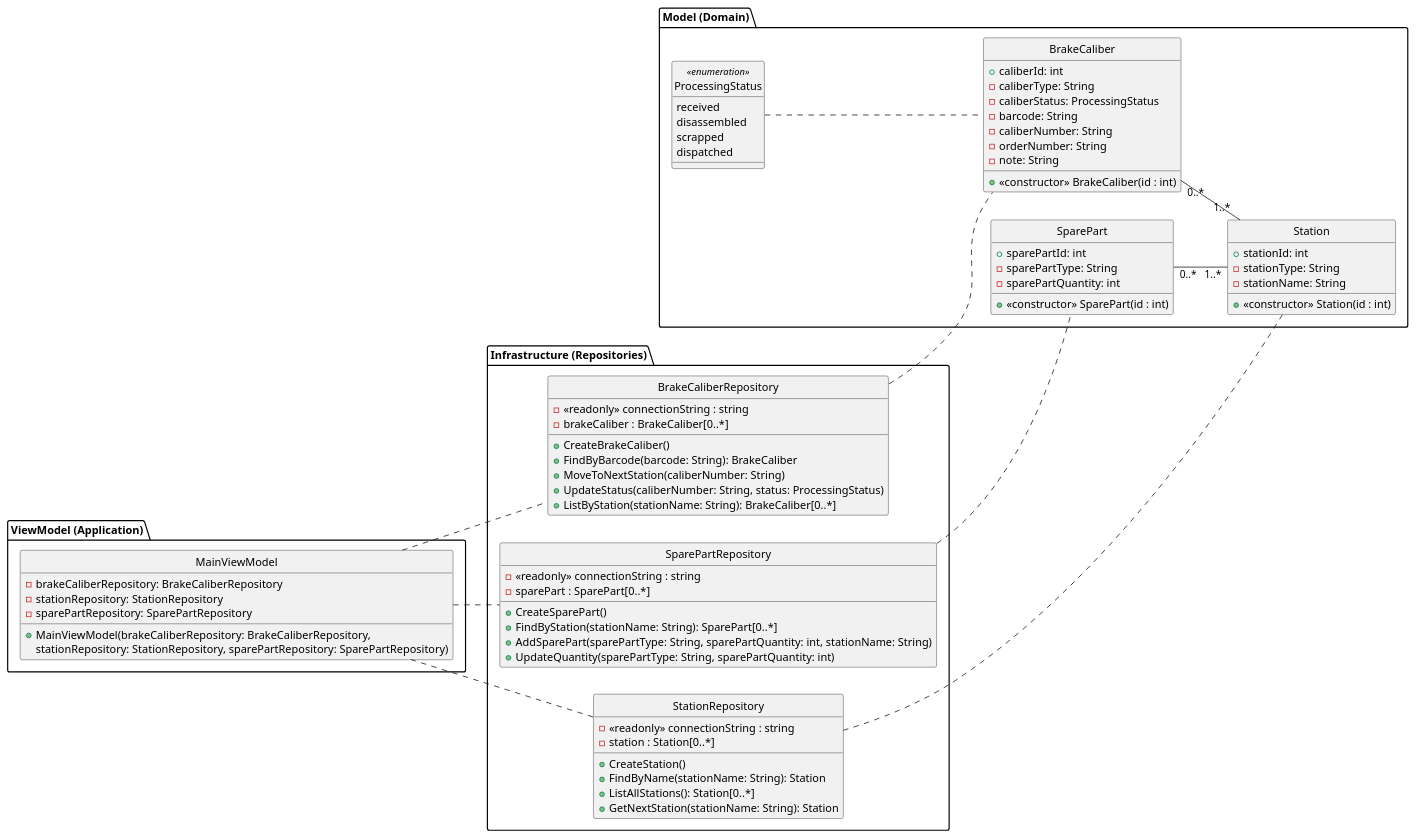
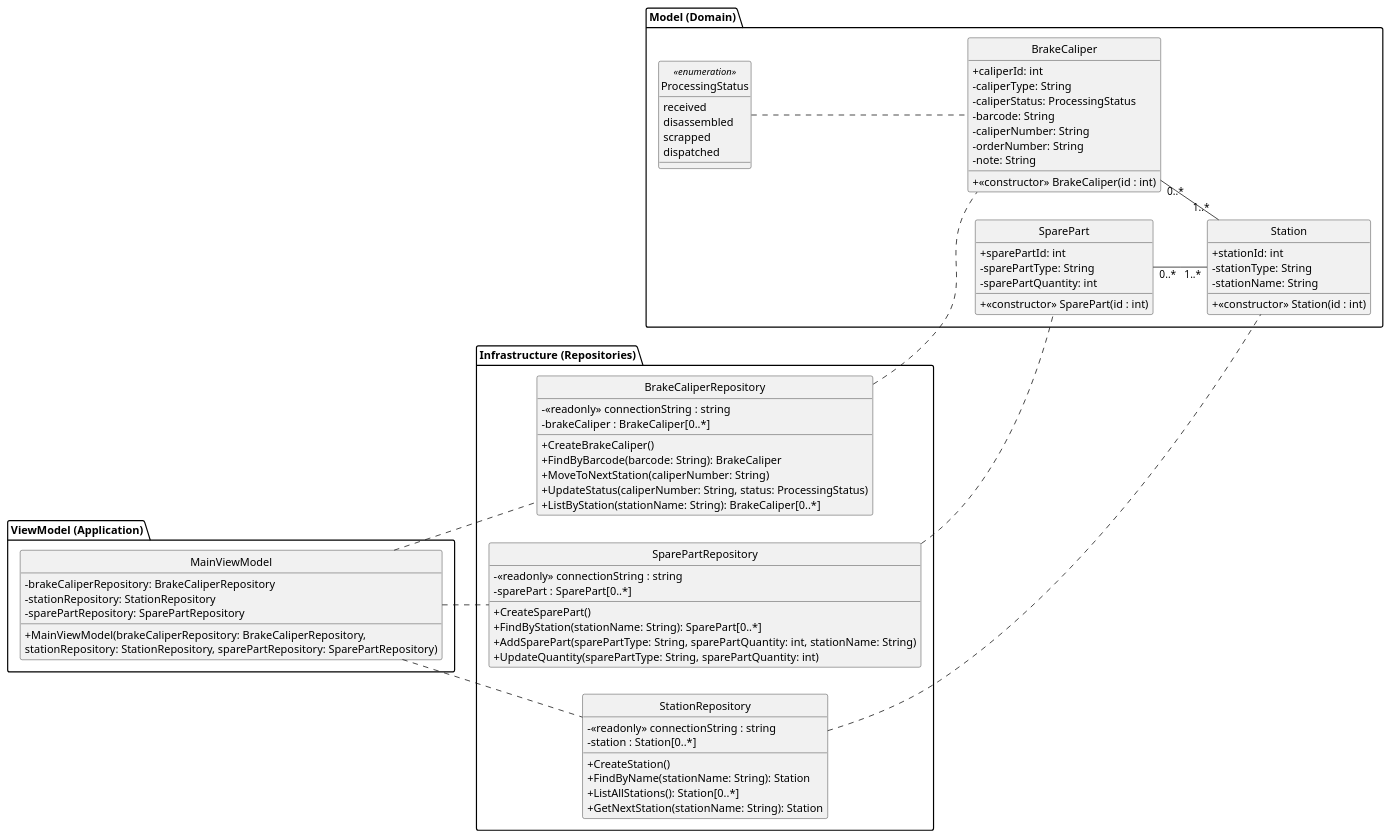
The diagram in Informationsartefakter/13-DCD-Designklassediagram.plantuml (senan2315/Team-5A-Budweg), drawn with PlantUML before and after one commit.

Commit message:
Rettet DCD

```diff
--- a/Informationsartefakter/13-DCD-Designklassediagram.plantuml
+++ b/Informationsartefakter/13-DCD-Designklassediagram.plantuml
@@ -1,94 +1,95 @@
 @startuml - Design Class Diagram (DCD) Budweg
 left to right direction 
+skinparam classAttributeIconSize 0
 
 package "ViewModel (Application)"{
     class MainViewModel {
-        - brakeCaliberRepository: BrakeCaliberRepository
+        - brakeCaliperRepository: BrakeCaliperRepository
         - stationRepository: StationRepository
         - sparePartRepository: SparePartRepository
-        + MainViewModel(brakeCaliberRepository: BrakeCaliberRepository,
+        + MainViewModel(brakeCaliperRepository: BrakeCaliperRepository,
         stationRepository: StationRepository, sparePartRepository: SparePartRepository)
     }
 }
 
 package "Infrastructure (Repositories)" {
-    class BrakeCaliberRepository {
+    class BrakeCaliperRepository {
         - «readonly» connectionString : string
-        - brakeCaliber : BrakeCaliber[0..*]
-        + CreateBrakeCaliber()
-        + FindByBarcode(barcode: String): BrakeCaliber
-        + MoveToNextStation(caliberNumber: String)
-        + UpdateStatus(caliberNumber: String, status: ProcessingStatus)
-        + ListByStation(stationName: String): BrakeCaliber[0..*]
+        - brakeCaliper : BrakeCaliper[0..*]
+        + CreateBrakeCaliper()
+        + FindByBarcode(barcode: String): BrakeCaliper
+        + MoveToNextStation(caliperNumber: String)
+        + UpdateStatus(caliperNumber: String, status: ProcessingStatus)
+        + ListByStation(stationName: String): BrakeCaliper[0..*]
 
     }
     class StationRepository {
         - «readonly» connectionString : string
         - station : Station[0..*] 
         + CreateStation()
         + FindByName(stationName: String): Station
         + ListAllStations(): Station[0..*]
         + GetNextStation(stationName: String): Station
     }
     class SparePartRepository {
         - «readonly» connectionString : string
         - sparePart : SparePart[0..*]
         + CreateSparePart()
         + FindByStation(stationName: String): SparePart[0..*]
         + AddSparePart(sparePartType: String, sparePartQuantity: int, stationName: String)
         + UpdateQuantity(sparePartType: String, sparePartQuantity: int)
     }
 }
 
 package "Model (Domain)" {
     class Station {
         + stationId: int
         - stationType: String
         - stationName: String
         + «constructor» Station(id : int)
     }
 
-    class BrakeCaliber {
-        + caliberId: int
-        - caliberType: String
-        - caliberStatus: ProcessingStatus
+    class BrakeCaliper {
+        + caliperId: int
+        - caliperType: String
+        - caliperStatus: ProcessingStatus
         - barcode: String
-        - caliberNumber: String
+        - caliperNumber: String
         - orderNumber: String 
         - note: String
-        + «constructor» BrakeCaliber(id : int)
+        + «constructor» BrakeCaliper(id : int)
     }
 
     class ProcessingStatus <<enumeration>> {
         received
         disassembled
         scrapped
         dispatched
     }
 
     class SparePart{
        + sparePartId: int
        - sparePartType: String
        - sparePartQuantity: int
        + «constructor» SparePart(id : int)
     }
 }
 
 
 
 MainViewModel .. StationRepository
-MainViewModel .. BrakeCaliberRepository
+MainViewModel .. BrakeCaliperRepository
 MainViewModel .. SparePartRepository
 
 StationRepository .. Station
-BrakeCaliberRepository .. BrakeCaliber
+BrakeCaliperRepository .. BrakeCaliper
 SparePartRepository .. SparePart
 
-BrakeCaliber "0..*" -- "1..*" Station
-ProcessingStatus .. BrakeCaliber
+BrakeCaliper "0..*" -- "1..*" Station
+ProcessingStatus .. BrakeCaliper
 SparePart "0..*" -- "1..*" Station
 
 
 hide circle
 
 @enduml
```
